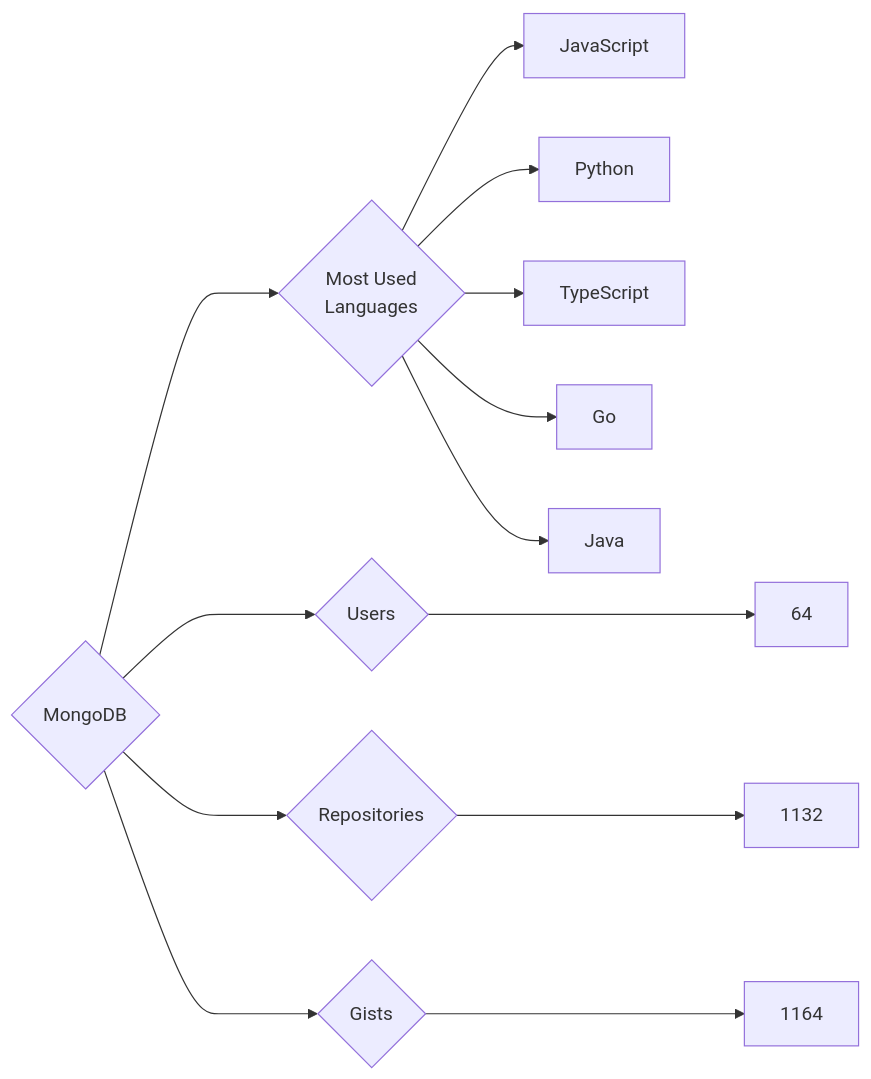
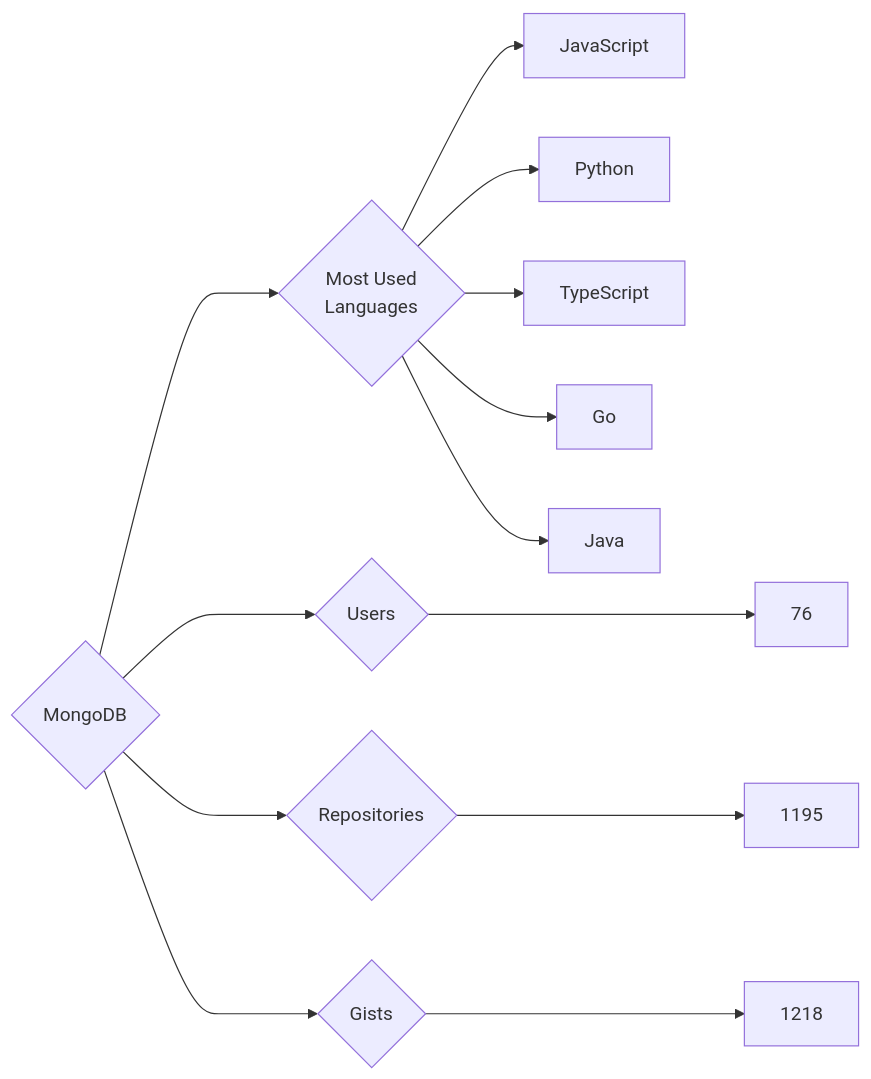
The diagram in targets/MongoDB/README.md (trickest/insiders), drawn with Mermaid before and after one commit. The commit also changed 920 other files, not shown here.

````diff
--- a/targets/MongoDB/README.md
+++ b/targets/MongoDB/README.md
@@ -3,13 +3,13 @@
 ```mermaid
 graph LR
 COMPANY_NAME{MongoDB}
-COMPANY_NAME ---> U{Users} ---> UN[64]
-COMPANY_NAME ---> R{Repositories} ---> RN[1132]
-COMPANY_NAME ---> G{Gists} ---> GN[1164]
+COMPANY_NAME ---> U{Users} ---> UN[76]
+COMPANY_NAME ---> R{Repositories} ---> RN[1195]
+COMPANY_NAME ---> G{Gists} ---> GN[1218]
 COMPANY_NAME ---> ML{Most Used<br>Languages}
 ML --> JavaScript[JavaScript]
 ML --> Python[Python]
 ML --> TypeScript[TypeScript]
 ML --> Go[Go]
 ML --> Java[Java]
 ```
````
